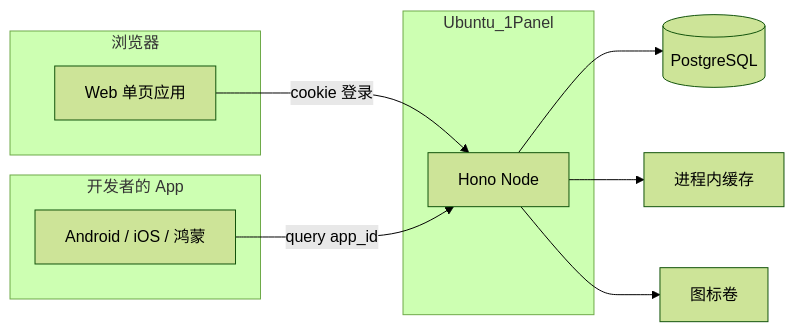
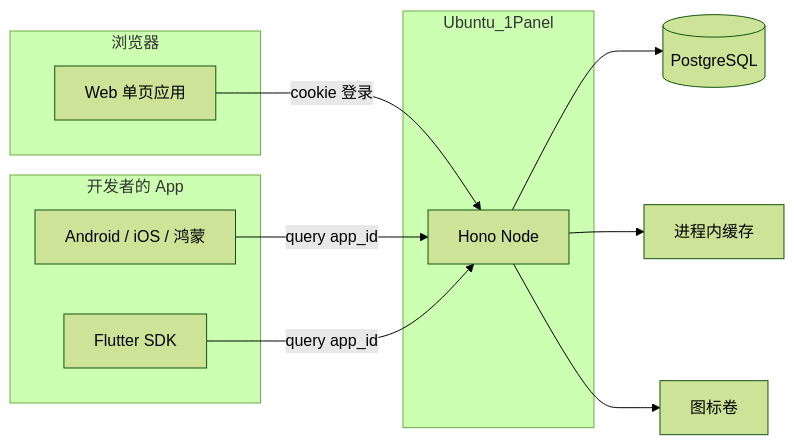
One commit to w2solo/appunion changed the first of 3 diagrams in TECH-appunions.md. Above: the diagram before and after it, drawn with Mermaid (forest theme). The commit also changed other lines of this file and 2 other files, not shown here.

First line of the commit message:
Guide Flutter hosts to the official SDK on the integrate page.

````diff
--- a/TECH-appunions.md
+++ b/TECH-appunions.md
@@ -29,21 +30,23 @@
 ```mermaid
 flowchart LR
   subgraph browser [浏览器]
     Web[Web 单页应用]
   end
   subgraph host [开发者的 App]
     Native[Android / iOS / 鸿蒙]
+    Flutter[Flutter SDK]
   end
   subgraph server [Ubuntu_1Panel]
     Api[Hono Node]
   end
   PG[(PostgreSQL)]
   Mem[进程内缓存]
   Disk[图标卷]
 
   Web -->|cookie 登录| Api
   Native -->|query app_id| Api
+  Flutter -->|query app_id| Api
   Api --> PG
   Api --> Mem
   Api --> Disk
 ```
````
